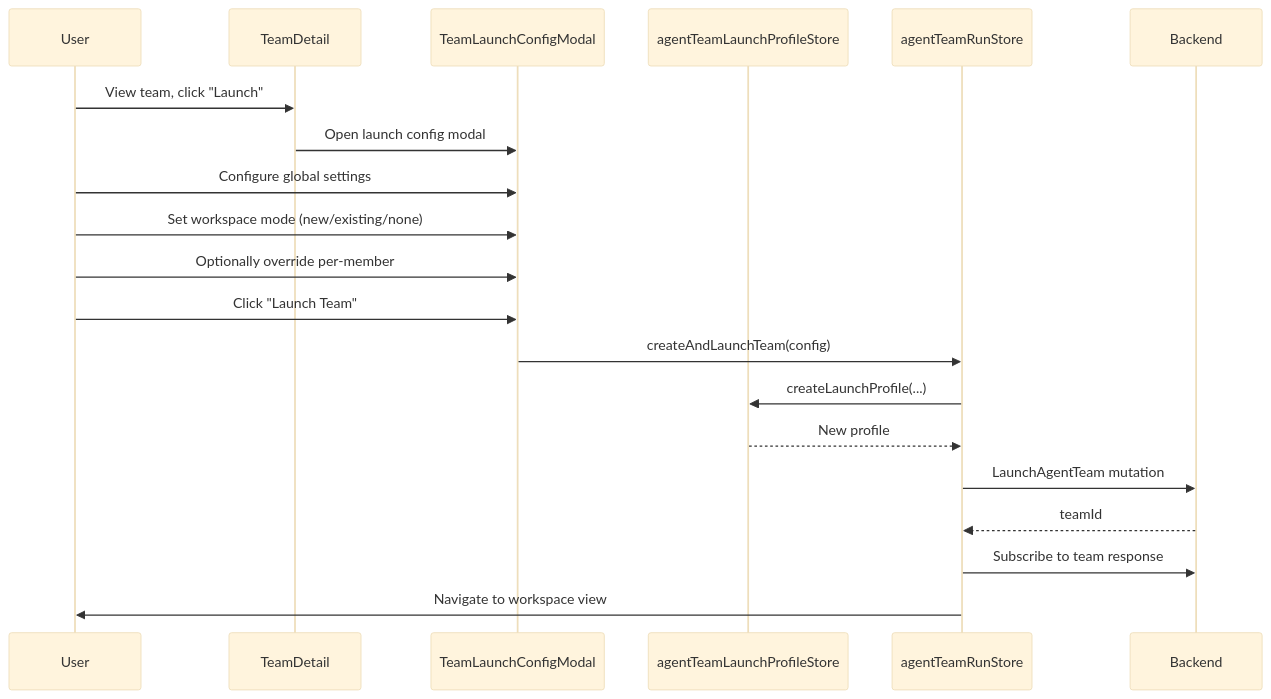
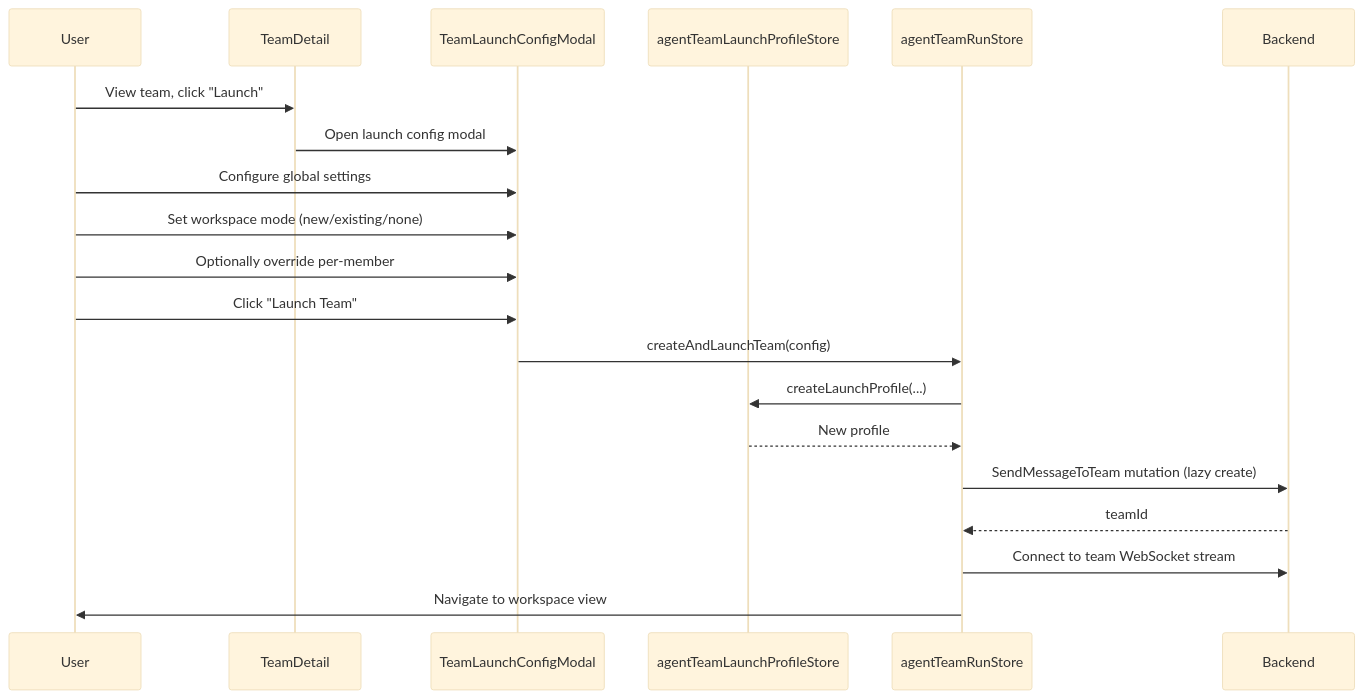
One commit to AutoByteus/autobyteus-web changed the third of 3 diagrams in docs/agent_teams.md. Above: the diagram before and after it, drawn with Mermaid (base theme). The commit also changed other lines of this file and 9 other files, not shown here.

````diff
--- a/docs/agent_teams.md
+++ b/docs/agent_teams.md
@@ -353,27 +346,27 @@
 ```mermaid
 sequenceDiagram
     participant User
     participant TeamDetail
     participant LaunchModal as TeamLaunchConfigModal
     participant ProfileStore as agentTeamLaunchProfileStore
     participant RunStore as agentTeamRunStore
     participant Backend
 
     User->>TeamDetail: View team, click "Launch"
     TeamDetail->>LaunchModal: Open launch config modal
 
     User->>LaunchModal: Configure global settings
     User->>LaunchModal: Set workspace mode (new/existing/none)
     User->>LaunchModal: Optionally override per-member
     User->>LaunchModal: Click "Launch Team"
 
     LaunchModal->>RunStore: createAndLaunchTeam(config)
     RunStore->>ProfileStore: createLaunchProfile(...)
     ProfileStore-->>RunStore: New profile
 
-    RunStore->>Backend: LaunchAgentTeam mutation
+    RunStore->>Backend: SendMessageToTeam mutation (lazy create)
     Backend-->>RunStore: teamId
 
-    RunStore->>Backend: Subscribe to team response
+    RunStore->>Backend: Connect to team WebSocket stream
     RunStore->>User: Navigate to workspace view
 ```
````
